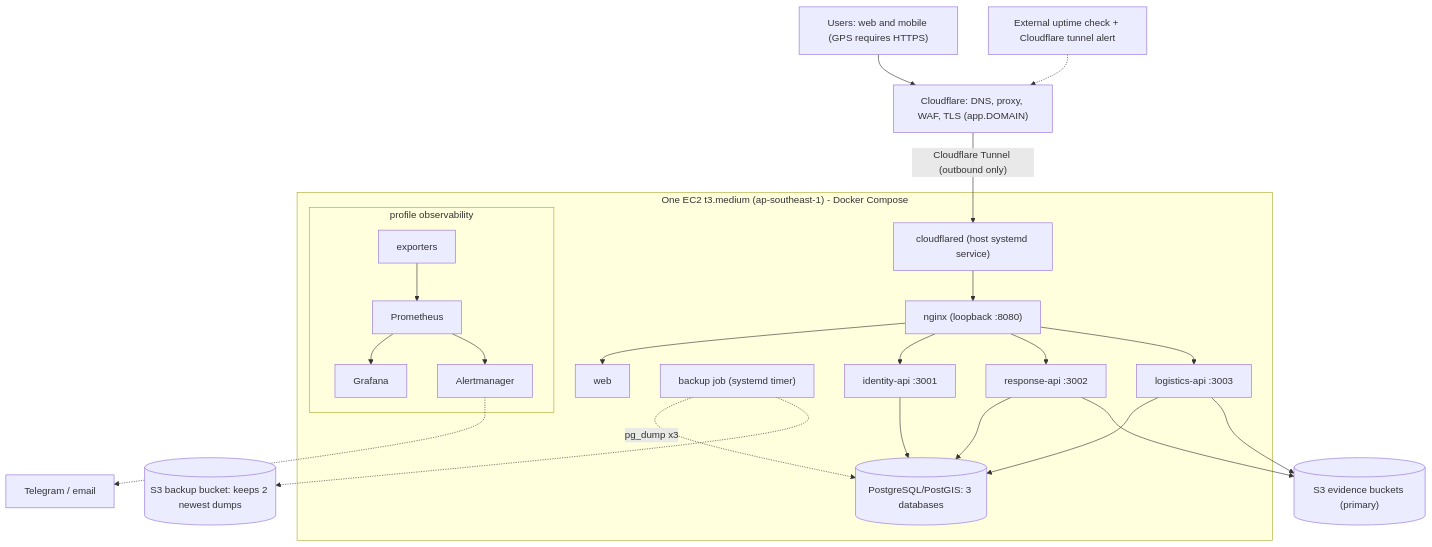
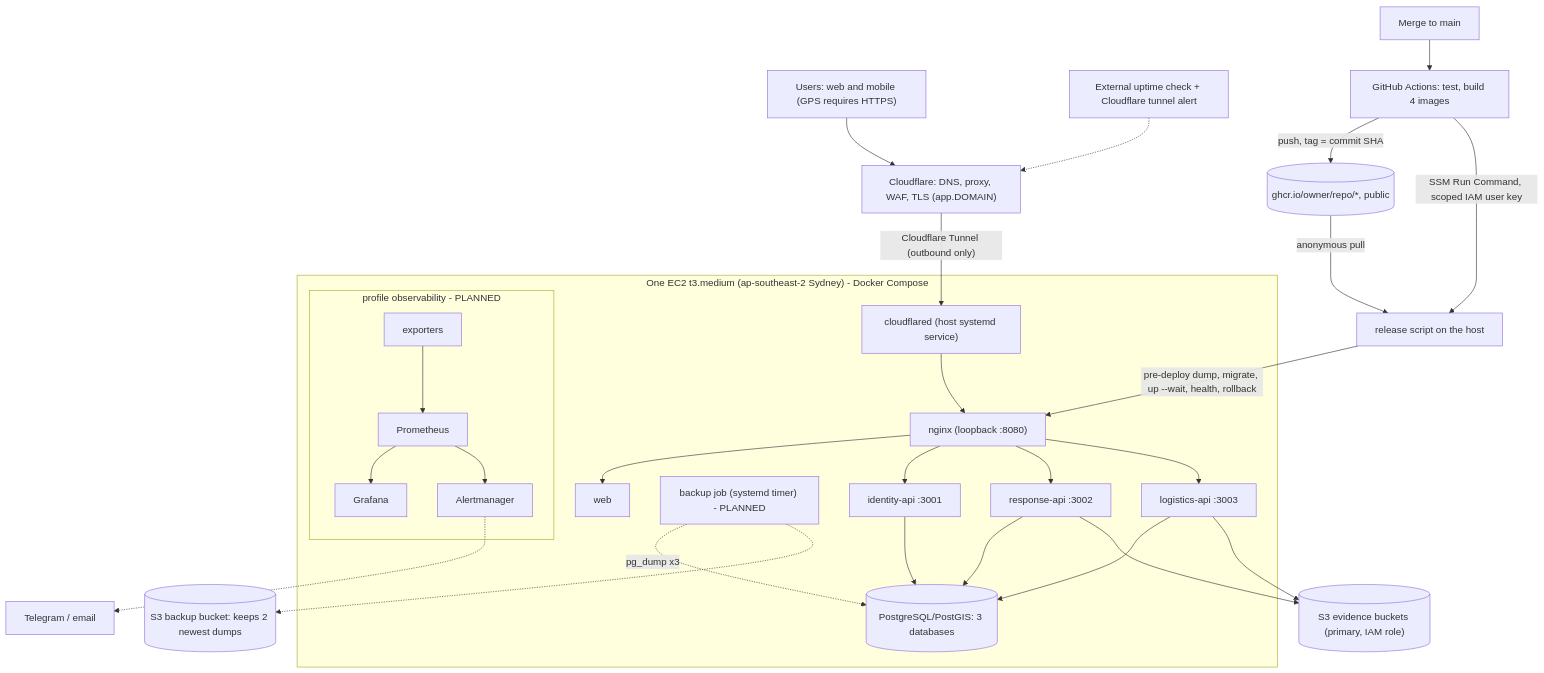
One commit to sangvirgo/disaster-relief-management changed the diagram in docs/c48-deployment-architecture.md. Above: the diagram before and after it, drawn with Mermaid. The commit also changed other lines of this file and 6 other files, not shown here.

First line of the commit message:
docs(deployment): handoff, corrected diagrams and a delivery-pipeline page

````diff
--- a/docs/c48-deployment-architecture.md
+++ b/docs/c48-deployment-architecture.md
@@ -37,28 +38,34 @@
 ```mermaid
 flowchart TB
     U["Users: web and mobile (GPS requires HTTPS)"] --> CF["Cloudflare: DNS, proxy, WAF, TLS (app.DOMAIN)"]
     CF -->|"Cloudflare Tunnel (outbound only)"| CFD["cloudflared (host systemd service)"]
 
-    subgraph EC2["One EC2 t3.medium (ap-southeast-1) - Docker Compose"]
+    subgraph EC2["One EC2 t3.medium (ap-southeast-2 Sydney) - Docker Compose"]
         CFD --> NGX["nginx (loopback :8080)"]
         NGX --> WEB["web"]
         NGX --> ID["identity-api :3001"]
         NGX --> RS["response-api :3002"]
         NGX --> LG["logistics-api :3003"]
         ID --> PG[("PostgreSQL/PostGIS: 3 databases")]
         RS --> PG
         LG --> PG
-        BK["backup job (systemd timer)"] -.->|"pg_dump x3"| PG
-        subgraph OBS["profile observability"]
+        BK["backup job (systemd timer) - PLANNED"] -.->|"pg_dump x3"| PG
+        subgraph OBS["profile observability - PLANNED"]
             EXP["exporters"] --> PROM["Prometheus"]
             PROM --> GRAF["Grafana"]
             PROM --> AM["Alertmanager"]
         end
     end
 
-    RS --> S3E[("S3 evidence buckets (primary)")]
+    RS --> S3E[("S3 evidence buckets (primary, IAM role)")]
     LG --> S3E
     BK -.-> S3B[("S3 backup bucket: keeps 2 newest dumps")]
     EXT["External uptime check + Cloudflare tunnel alert"] -.-> CF
     AM -.-> NOTIFY["Telegram / email"]
+
+    DEV["Merge to main"] --> GHA["GitHub Actions: test, build 4 images"]
+    GHA -->|"push, tag = commit SHA"| GHCR[("ghcr.io/owner/repo/*, public")]
+    GHA -->|"SSM Run Command, scoped IAM user key"| REL["release script on the host"]
+    GHCR -->|"anonymous pull"| REL
+    REL -->|"pre-deploy dump, migrate, up --wait, health, rollback"| NGX
 ```
````
